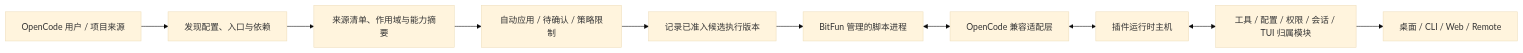
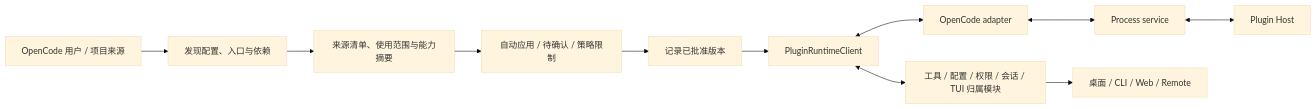
The fifth of 8 diagrams in docs/architecture/product-architecture.md (1688mengdie/BitFun), drawn with Mermaid (base theme) before and after one commit. The commit also changed other lines of this file and 61 other files, not shown here.

Commit message:
refactor(plugins): clarify runtime process ownership

````diff
--- a/docs/architecture/product-architecture.md
+++ b/docs/architecture/product-architecture.md
@@ -276,12 +286,13 @@
 ```mermaid
 flowchart LR
   Source["OpenCode 用户 / 项目来源"] --> Discover["发现配置、入口与依赖"]
-  Discover --> Catalog["来源清单、作用域与能力摘要"]
+  Discover --> Catalog["来源清单、使用范围与能力摘要"]
   Catalog --> Policy["自动应用 / 待确认 / 策略限制"]
-  Policy --> Prepare["记录已准入候选执行版本"]
-  Prepare --> Worker["BitFun 管理的脚本进程"]
-  Worker <--> Adapter["OpenCode 兼容适配层"]
-  Adapter <--> Host["插件运行时主机"]
-  Host <--> Owners["工具 / 配置 / 权限 / 会话 / TUI 归属模块"]
+  Policy --> Prepare["记录已批准版本"]
+  Prepare --> Client["PluginRuntimeClient"]
+  Client <--> Adapter["OpenCode adapter"]
+  Adapter <--> Service["Process service"]
+  Service <--> Host["Plugin Host"]
+  Client <--> Owners["工具 / 配置 / 权限 / 会话 / TUI 归属模块"]
   Owners --> Surface["桌面 / CLI / Web / Remote"]
 ```
````
